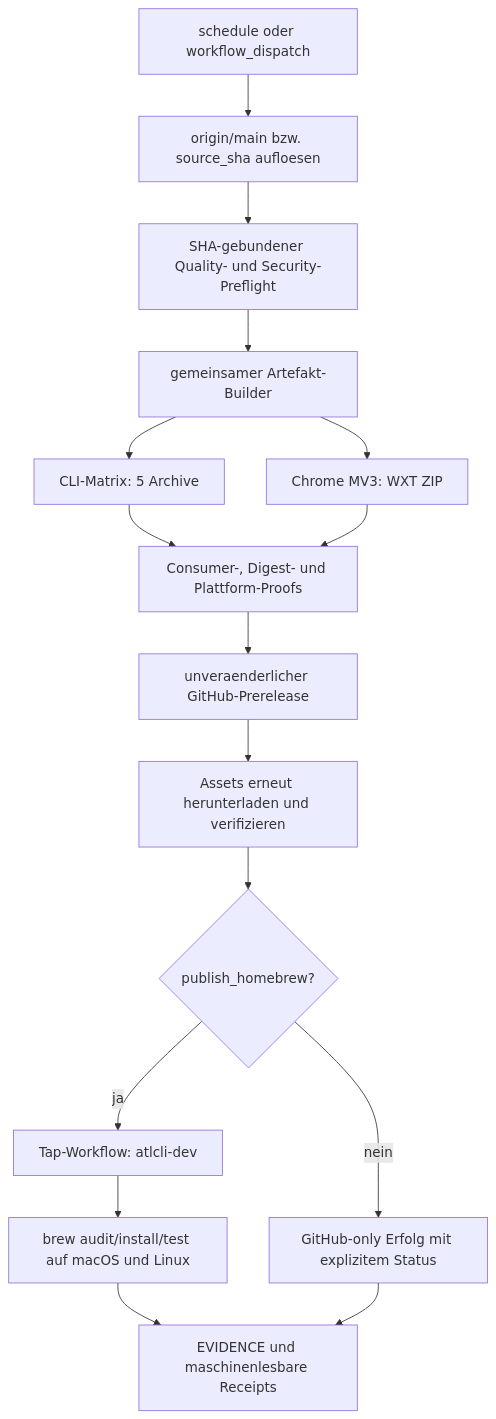
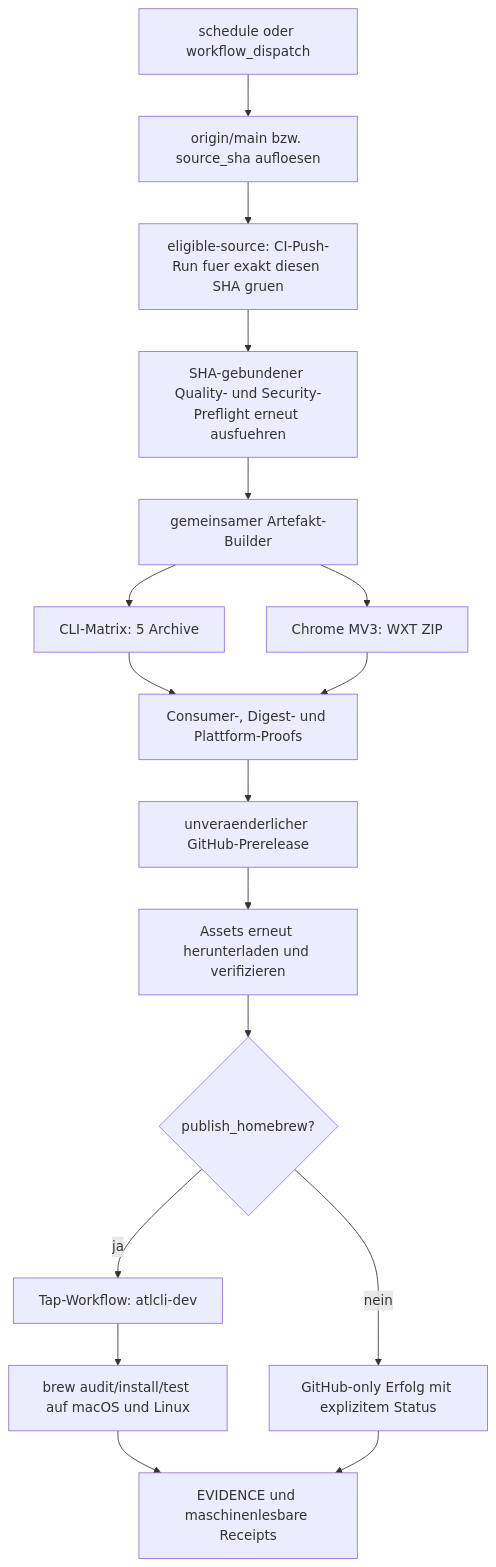
One commit to BjoernSchotte/atlcli changed the diagram in specs/dev-release-channel/PLAN.md. Above: the diagram before and after it, drawn with Mermaid. The commit also changed other lines of this file, not shown here.

Commit message:
docs: require green source SHA for dev releases

````diff
--- a/specs/dev-release-channel/PLAN.md
+++ b/specs/dev-release-channel/PLAN.md
@@ -191,18 +212,19 @@
 ```mermaid
 flowchart TD
   A["schedule oder workflow_dispatch"] --> B["origin/main bzw. source_sha aufloesen"]
-  B --> C["SHA-gebundener Quality- und Security-Preflight"]
+  B --> Q["eligible-source: CI-Push-Run fuer exakt diesen SHA gruen"]
+  Q --> C["SHA-gebundener Quality- und Security-Preflight erneut ausfuehren"]
   C --> D["gemeinsamer Artefakt-Builder"]
   D --> E["CLI-Matrix: 5 Archive"]
   D --> F["Chrome MV3: WXT ZIP"]
   E --> G["Consumer-, Digest- und Plattform-Proofs"]
   F --> G
   G --> H["unveraenderlicher GitHub-Prerelease"]
   H --> I["Assets erneut herunterladen und verifizieren"]
   I --> J{"publish_homebrew?"}
   J -- "ja" --> K["Tap-Workflow: atlcli-dev"]
   K --> L["brew audit/install/test auf macOS und Linux"]
   J -- "nein" --> M["GitHub-only Erfolg mit explizitem Status"]
   L --> N["EVIDENCE und maschinenlesbare Receipts"]
   M --> N
 ```
````
